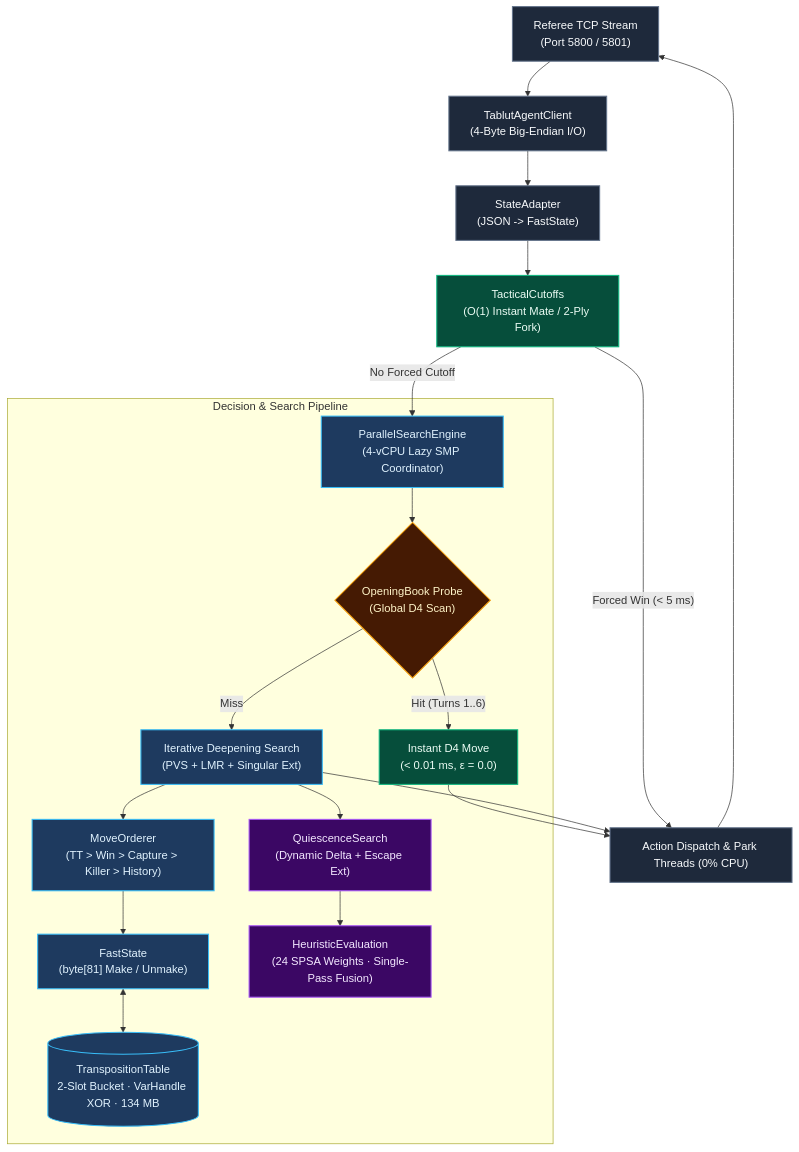
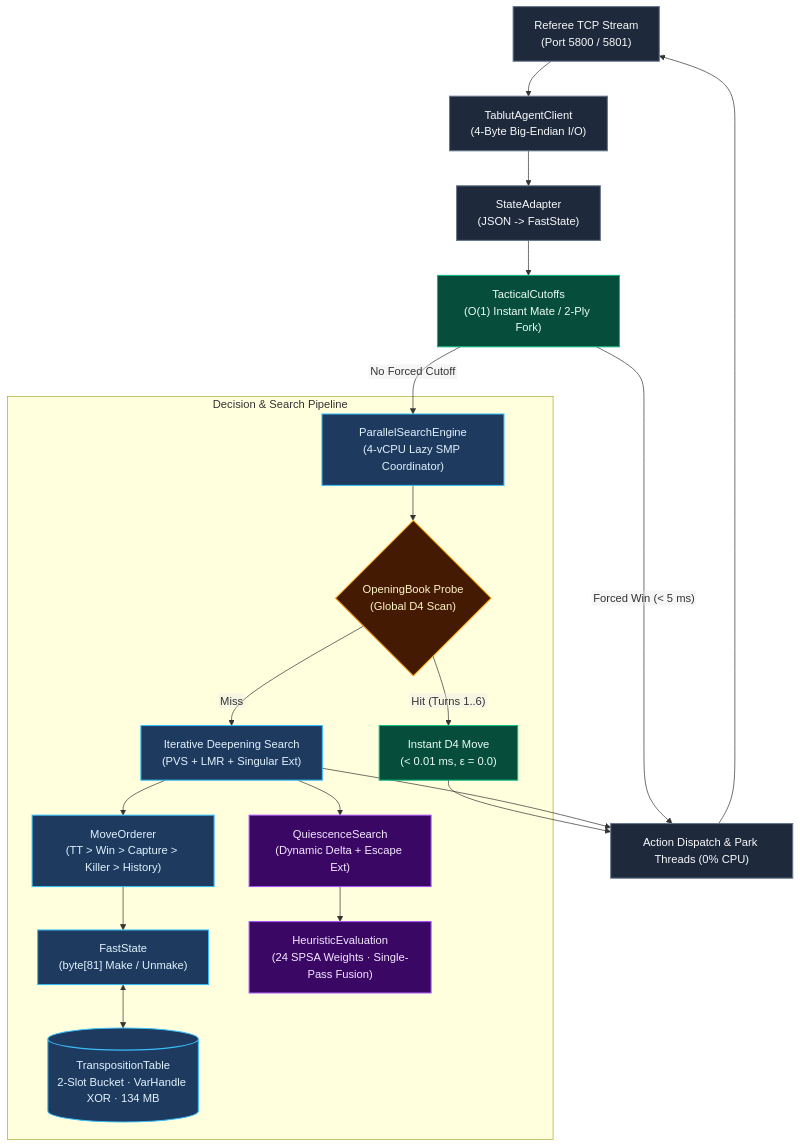
One commit to MercuryDCD/Tablut-FundamentalsAIMASTER changed the diagram in docs/wiki/Home.md. Above: the diagram before and after it, drawn with Mermaid. The commit also changed 9 other files, not shown here.

Commit message:
docs: fix Mermaid flowchart label clipping via htmlLabels=false

````diff
--- a/docs/wiki/Home.md
+++ b/docs/wiki/Home.md
@@ -68,29 +68,30 @@
 ```mermaid
+%%{init: {"flowchart": {"htmlLabels": false}}}%%
 flowchart TD
     classDef io fill:#1e293b,stroke:#64748b,color:#f8fafc,stroke-width:1.5px
     classDef fast fill:#064e3b,stroke:#10b981,color:#ecfdf5,stroke-width:1.5px
     classDef search fill:#1e3a5f,stroke:#38bdf8,color:#e0f2fe,stroke-width:1.5px
     classDef eval fill:#3b0764,stroke:#a855f7,color:#f3e8ff,stroke-width:1.5px
     classDef decision fill:#451a03,stroke:#f59e0b,color:#fef3c7,stroke-width:1.5px
 
-    A["Referee TCP Stream<br/>(Port 5800 / 5801)"]:::io --> B["TablutAgentClient<br/>(4-Byte Big-Endian I/O)"]:::io
-    B --> C["StateAdapter<br/>(JSON -> FastState)"]:::io
-    C --> TC["TacticalCutoffs<br/>(O(1) Instant Mate / 2-Ply Fork)"]:::fast
-    TC -- "No Forced Cutoff" --> D["ParallelSearchEngine<br/>(4-vCPU Lazy SMP Coordinator)"]:::search
+    A["Referee TCP Stream\n(Port 5800 / 5801)"]:::io --> B["TablutAgentClient\n(4-Byte Big-Endian I/O)"]:::io
+    B --> C["StateAdapter\n(JSON -> FastState)"]:::io
+    C --> TC["TacticalCutoffs\n(O(1) Instant Mate / 2-Ply Fork)"]:::fast
+    TC -- "No Forced Cutoff" --> D["ParallelSearchEngine\n(4-vCPU Lazy SMP Coordinator)"]:::search
 
     subgraph Pipeline["Decision & Search Pipeline"]
-        D --> E{"OpeningBook Probe<br/>(Global D4 Scan)"}:::decision
-        E -- "Hit (Turns 1..6)" --> F["Instant D4 Move<br/>(< 0.01 ms, ε = 0.0)"]:::fast
-        E -- "Miss" --> G["Iterative Deepening Search<br/>(PVS + LMR + Singular Ext)"]:::search
-        G --> H["MoveOrderer<br/>(TT > Win > Capture > Killer > History)"]:::search
-        H --> I["FastState<br/>(byte[81] Make / Unmake)"]:::search
-        I <--> J[("TranspositionTable<br/>2-Slot Bucket · VarHandle XOR · 134 MB")]:::search
-        G --> K["QuiescenceSearch<br/>(Dynamic Delta + Escape Ext)"]:::eval
-        K --> L["HeuristicEvaluation<br/>(24 SPSA Weights · Single-Pass Fusion)"]:::eval
+        D --> E{"OpeningBook Probe\n(Global D4 Scan)"}:::decision
+        E -- "Hit (Turns 1..6)" --> F["Instant D4 Move\n(< 0.01 ms, ε = 0.0)"]:::fast
+        E -- "Miss" --> G["Iterative Deepening Search\n(PVS + LMR + Singular Ext)"]:::search
+        G --> H["MoveOrderer\n(TT > Win > Capture > Killer > History)"]:::search
+        H --> I["FastState\n(byte[81] Make / Unmake)"]:::search
+        I <--> J[("TranspositionTable\n2-Slot Bucket · VarHandle XOR · 134 MB")]:::search
+        G --> K["QuiescenceSearch\n(Dynamic Delta + Escape Ext)"]:::eval
+        K --> L["HeuristicEvaluation\n(24 SPSA Weights · Single-Pass Fusion)"]:::eval
     end
 
-    TC -- "Forced Win (< 5 ms)" --> M["Action Dispatch &amp; Park Threads (0% CPU)"]:::io
+    TC -- "Forced Win (< 5 ms)" --> M["Action Dispatch & Park Threads (0% CPU)"]:::io
     F --> M
     G --> M
     M --> A
 ```
````
